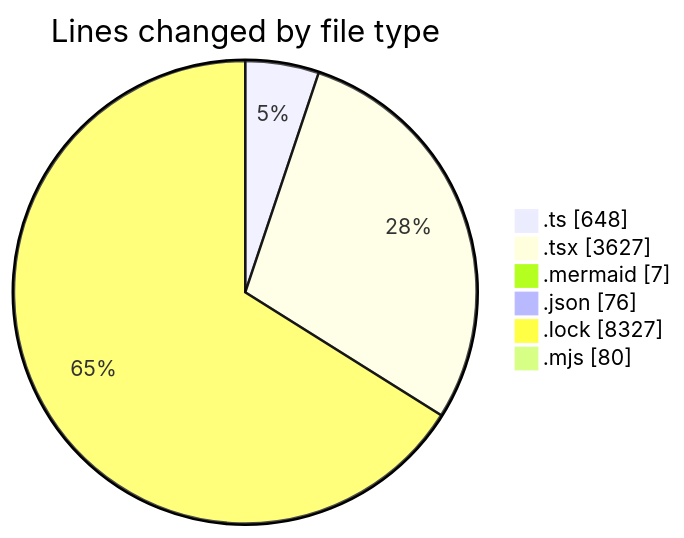
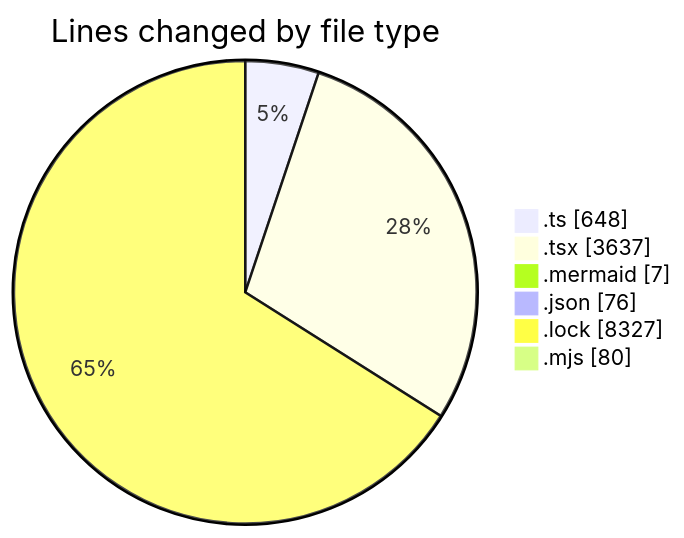
One commit to momahboobian/code-tracking changed the first of 2 diagrams in 2026-09-08/cda/README.md. Above: the diagram before and after it, drawn with Mermaid. The commit also changed other lines of this file and 1 other file, not shown here.

````diff
--- a/2026-09-08/cda/README.md
+++ b/2026-09-08/cda/README.md
@@ -48,10 +48,10 @@
 ```mermaid
 pie showData
 title Lines changed by file type
 ".ts" : 648
-".tsx" : 3627
+".tsx" : 3637
 ".mermaid" : 7
 ".json" : 76
 ".lock" : 8327
 ".mjs" : 80
 ```
````
